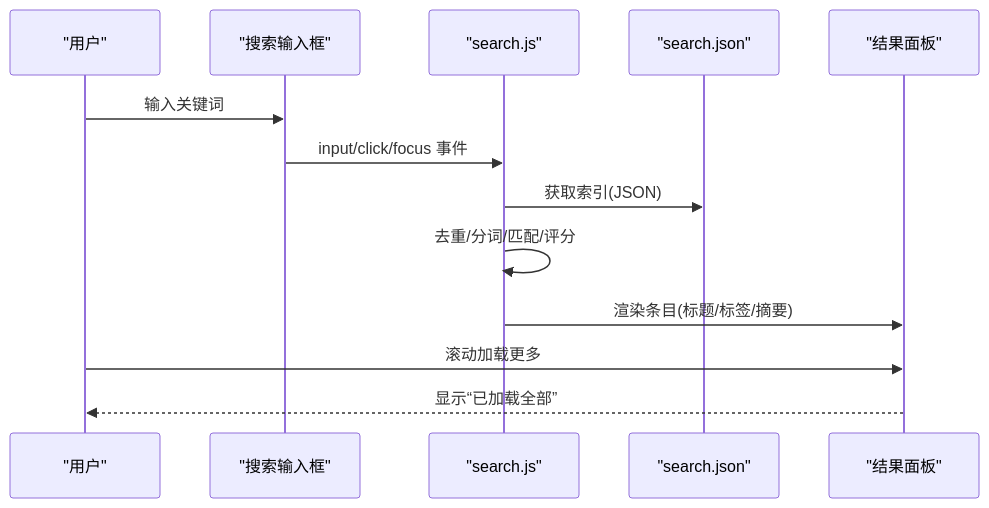
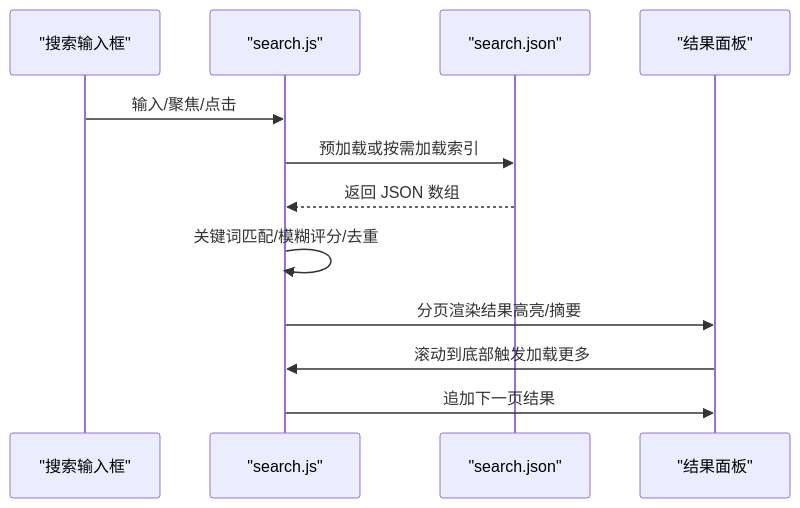
One commit to LZC6244/lzc6244.github.io changed the fifth of 7 diagrams in .qoder/repowiki/zh/content/项目概述.md. Above: the diagram before and after it, drawn with Mermaid. The commit also changed other lines of this file and 104 other files, not shown here.

````diff
--- a/.qoder/repowiki/zh/content/项目概述.md
+++ b/.qoder/repowiki/zh/content/项目概述.md
@@ -225,15 +204,14 @@
 ```mermaid
 sequenceDiagram
-participant U as "用户"
-participant S as "搜索输入框"
+participant UI as "搜索输入框"
 participant JS as "search.js"
 participant IDX as "search.json"
-participant UI as "结果面板"
-U->>S : 输入关键词
-S->>JS : input/click/focus 事件
-JS->>IDX : 获取索引(JSON)
-JS->>JS : 去重/分词/匹配/评分
-JS->>UI : 渲染条目(标题/标签/摘要)
-U->>UI : 滚动加载更多
-UI-->>U : 显示“已加载全部”
+participant Panel as "结果面板"
+UI->>JS : 输入/聚焦/点击
+JS->>IDX : 预加载或按需加载索引
+IDX-->>JS : 返回 JSON 数组
+JS->>JS : 关键词匹配/模糊评分/去重
+JS->>Panel : 分页渲染结果高亮/摘要
+Panel->>JS : 滚动到底部触发加载更多
+JS->>Panel : 追加下一页结果
 ```
````
